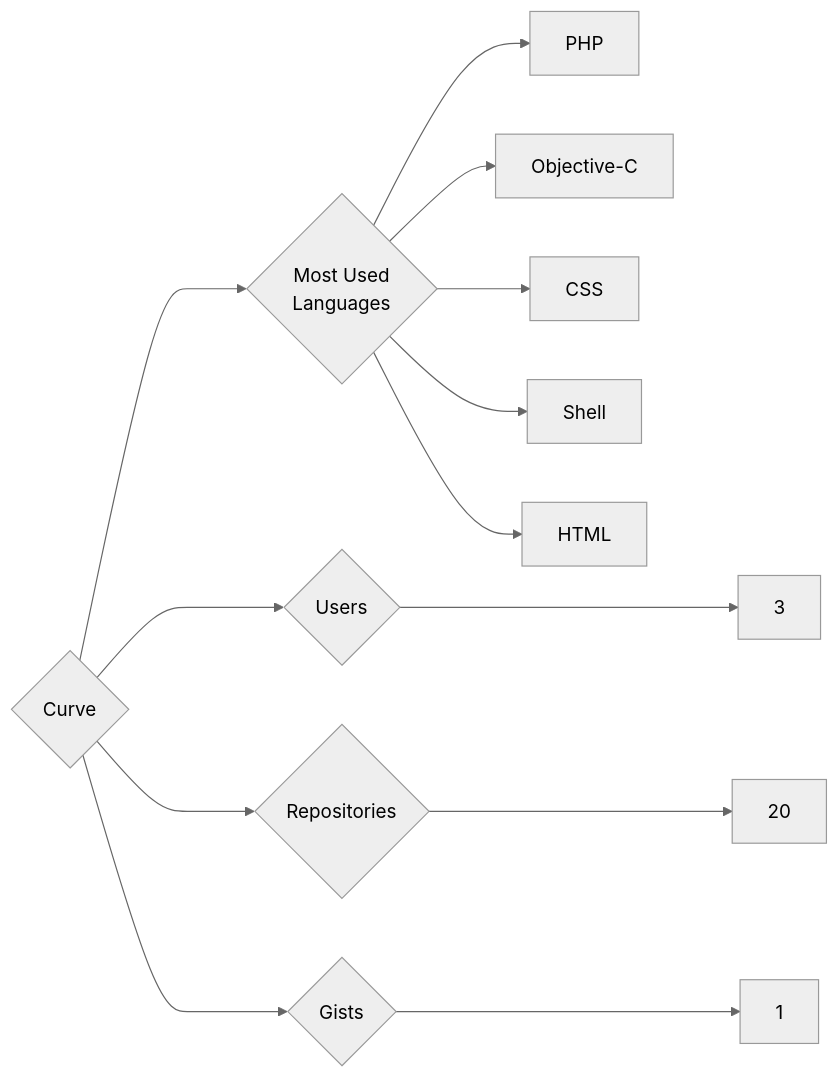
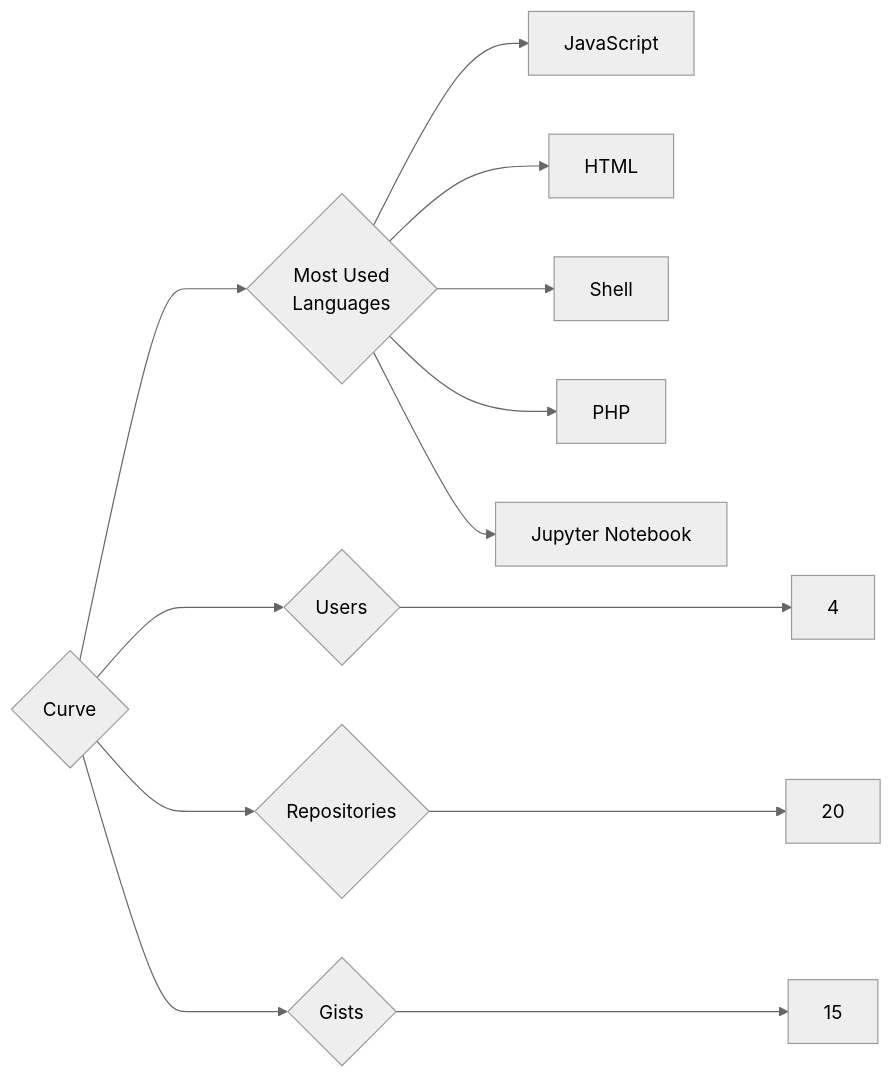
The diagram in targets/Curve/README.md (trickest/insiders), drawn with Mermaid (neutral theme) before and after one commit. The commit also changed 682 other files, not shown here.

````diff
--- a/targets/Curve/README.md
+++ b/targets/Curve/README.md
@@ -3,13 +3,13 @@
 ```mermaid
 graph LR
 COMPANY_NAME{Curve}
-COMPANY_NAME ---> U{Users} ---> UN[3]
+COMPANY_NAME ---> U{Users} ---> UN[4]
 COMPANY_NAME ---> R{Repositories} ---> RN[20]
-COMPANY_NAME ---> G{Gists} ---> GN[1]
+COMPANY_NAME ---> G{Gists} ---> GN[15]
 COMPANY_NAME ---> ML{Most Used<br>Languages}
+ML --> JavaScript[JavaScript]
+ML --> HTML[HTML]
+ML --> Shell[Shell]
 ML --> PHP[PHP]
-ML --> Objective-C[Objective-C]
-ML --> CSS[CSS]
-ML --> Shell[Shell]
-ML --> HTML[HTML]
+ML --> Jupyter_Notebook[Jupyter Notebook]
 ```
````
